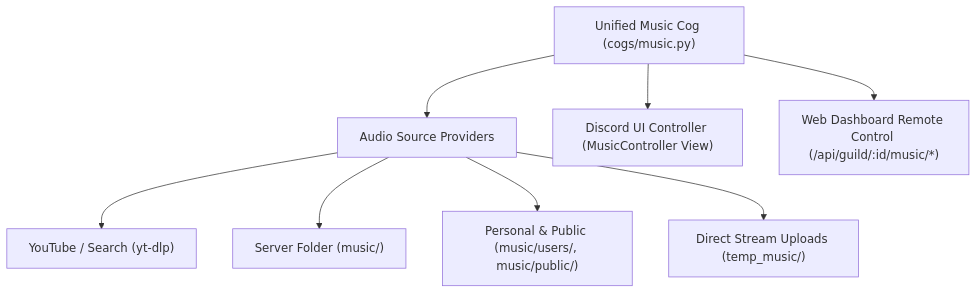
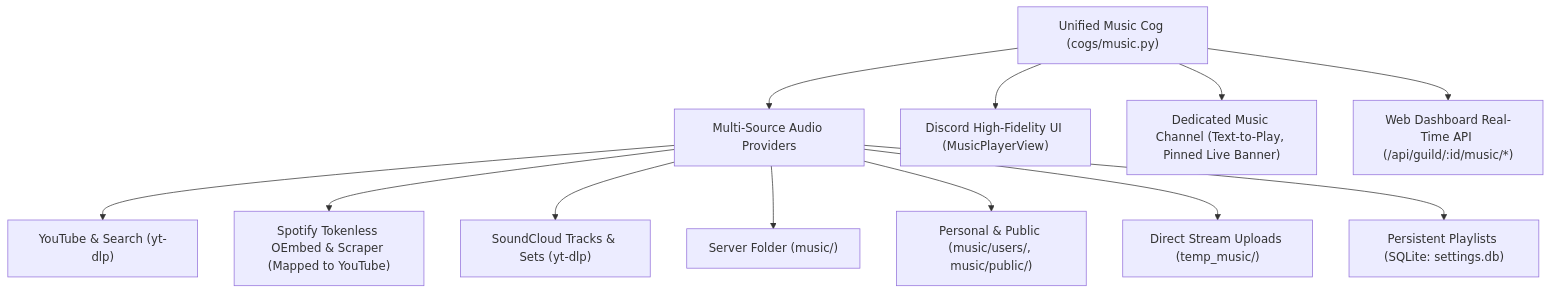
One commit to Iam-sadman/Discord-Moderation-Bot changed the diagram in docs/cogs/music.md. Above: the diagram before and after it, drawn with Mermaid. The commit also changed other lines of this file and 5 other files, not shown here.

Commit message:
feat(music): rework music cog into embedded UI player, pinned dedicated channel, and web dashboard integration

````diff
--- a/docs/cogs/music.md
+++ b/docs/cogs/music.md
@@ -14,13 +14,17 @@
 ```mermaid
 graph TD
     Unified["Unified Music Cog (cogs/music.py)"]
     
-    Unified --> AudioSources["Audio Source Providers"]
-    AudioSources --> YT["YouTube / Search (yt-dlp)"]
+    Unified --> AudioSources["Multi-Source Audio Providers"]
+    AudioSources --> YT["YouTube & Search (yt-dlp)"]
+    AudioSources --> Spotify["Spotify Tokenless OEmbed & Scraper (Mapped to YouTube)"]
+    AudioSources --> SoundCloud["SoundCloud Tracks & Sets (yt-dlp)"]
     AudioSources --> Local["Server Folder (music/)"]
     AudioSources --> UserPub["Personal & Public (music/users/, music/public/)"]
     AudioSources --> TempUpload["Direct Stream Uploads (temp_music/)"]
+    AudioSources --> Playlists["Persistent Playlists (SQLite: settings.db)"]
 
-    Unified --> Controller["Discord UI Controller (MusicController View)"]
-    Unified --> DashboardAPI["Web Dashboard Remote Control (/api/guild/:id/music/*)"]
+    Unified --> Controller["Discord High-Fidelity UI (MusicPlayerView)"]
+    Unified --> DedicatedChan["Dedicated Music Channel (Text-to-Play, Pinned Live Banner)"]
+    Unified --> DashboardAPI["Web Dashboard Real-Time API (/api/guild/:id/music/*)"]
 ```
````
